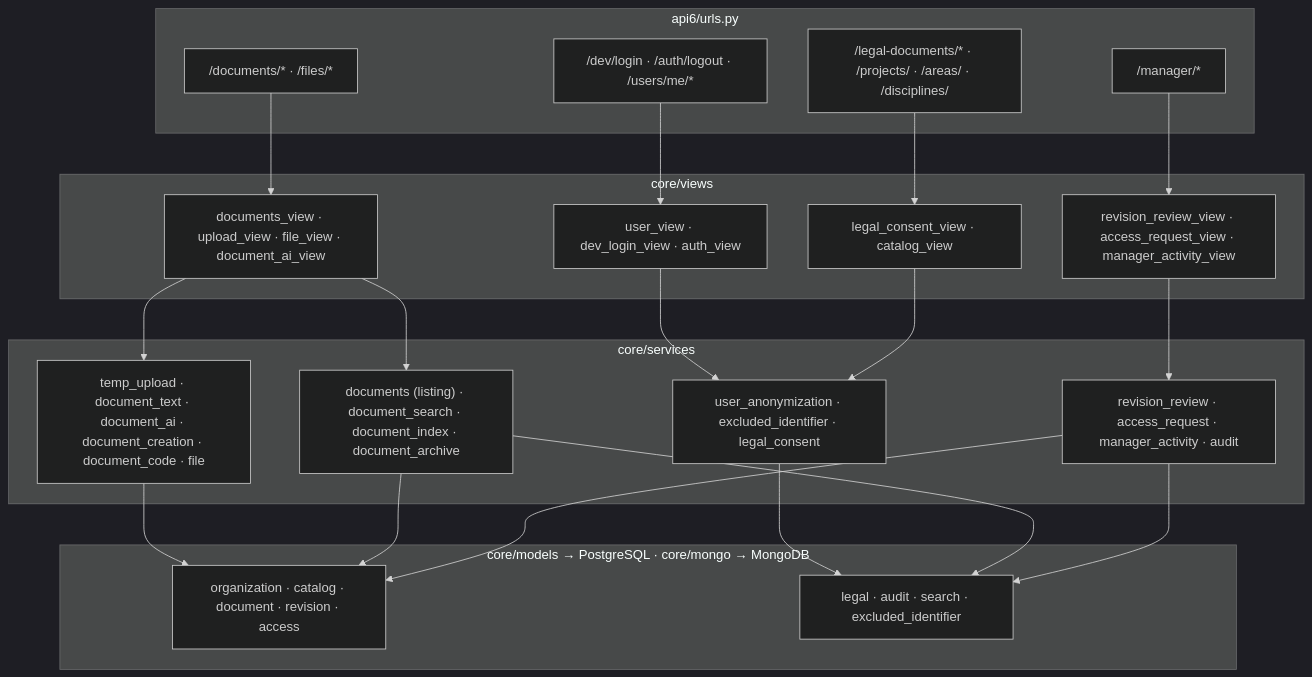
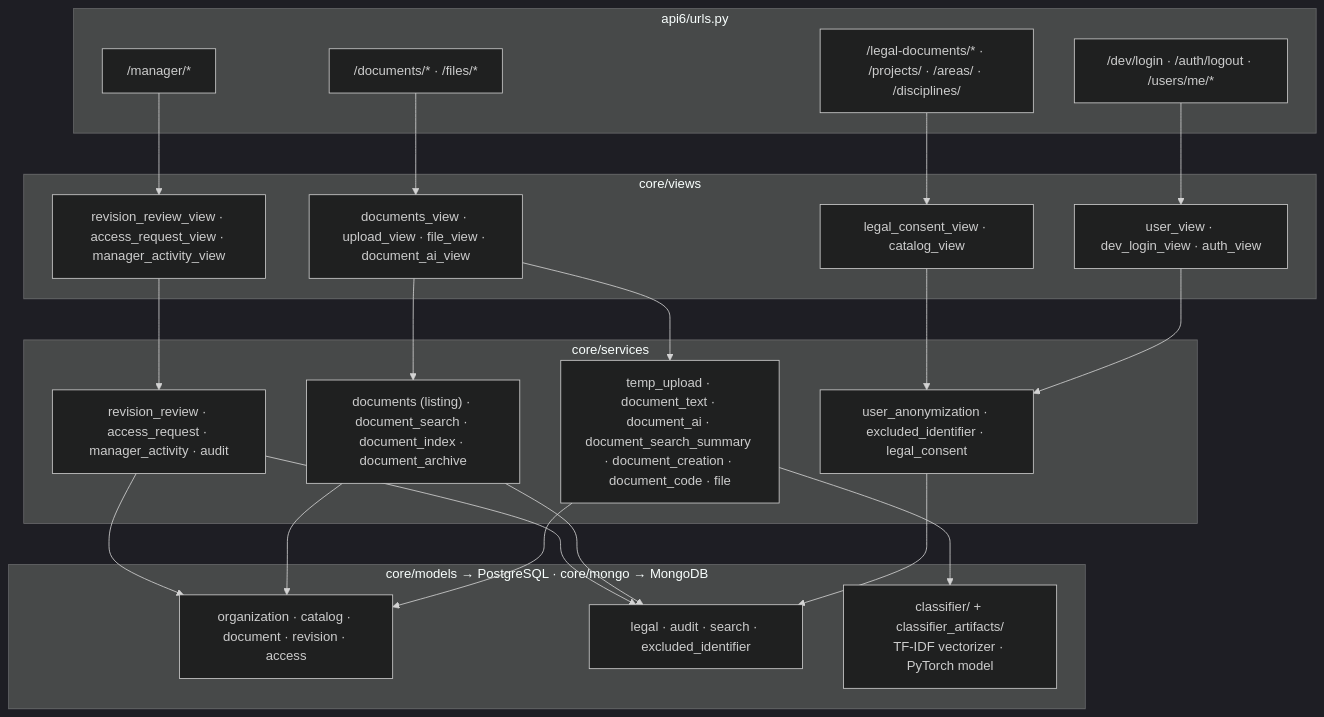
One commit to Pragma-Co/backend-indice changed the fifth of 5 diagrams in docs/architecture/README.md. Above: the diagram before and after it, drawn with Mermaid (dark theme). The commit also changed other lines of this file and 6 other files, not shown here.

Commit message:
docs(#80): reflect the local classifier, Ollama summaries and document vectors

````diff
--- a/docs/architecture/README.md
+++ b/docs/architecture/README.md
@@ -252,36 +256,38 @@
 ```mermaid
 flowchart TB
     subgraph Routes["api6/urls.py"]
         R1["/dev/login · /auth/logout · /users/me/*"]
         R2["/documents/* · /files/*"]
         R3["/manager/*"]
         R4["/legal-documents/* · /projects/ · /areas/ · /disciplines/"]
     end
     subgraph ViewsLayer["core/views"]
         V1["user_view · dev_login_view · auth_view"]
         V2["documents_view · upload_view · file_view · document_ai_view"]
         V3["revision_review_view · access_request_view · manager_activity_view"]
         V4["legal_consent_view · catalog_view"]
     end
     subgraph ServicesLayer["core/services"]
         S1["user_anonymization · excluded_identifier · legal_consent"]
-        S2["temp_upload · document_text · document_ai · document_creation · document_code · file"]
+        S2["temp_upload · document_text · document_ai · document_search_summary · document_creation · document_code · file"]
         S3["documents (listing) · document_search · document_index · document_archive"]
         S4["revision_review · access_request · manager_activity · audit"]
     end
     subgraph ModelsLayer["core/models → PostgreSQL · core/mongo → MongoDB"]
         M1["organization · catalog · document · revision · access"]
         M2["legal · audit · search · excluded_identifier"]
+        ML["classifier/ + classifier_artifacts/<br/>TF-IDF vectorizer · PyTorch model"]
     end
     R1 --> V1 --> S1
     R2 --> V2 --> S2
     R3 --> V3 --> S4
     R4 --> V4 --> S1
     V2 --> S3
     S1 --> M2
     S2 --> M1
+    S2 --> ML
     S3 --> M1
     S3 --> M2
     S4 --> M1
     S4 --> M2
 ```
````
